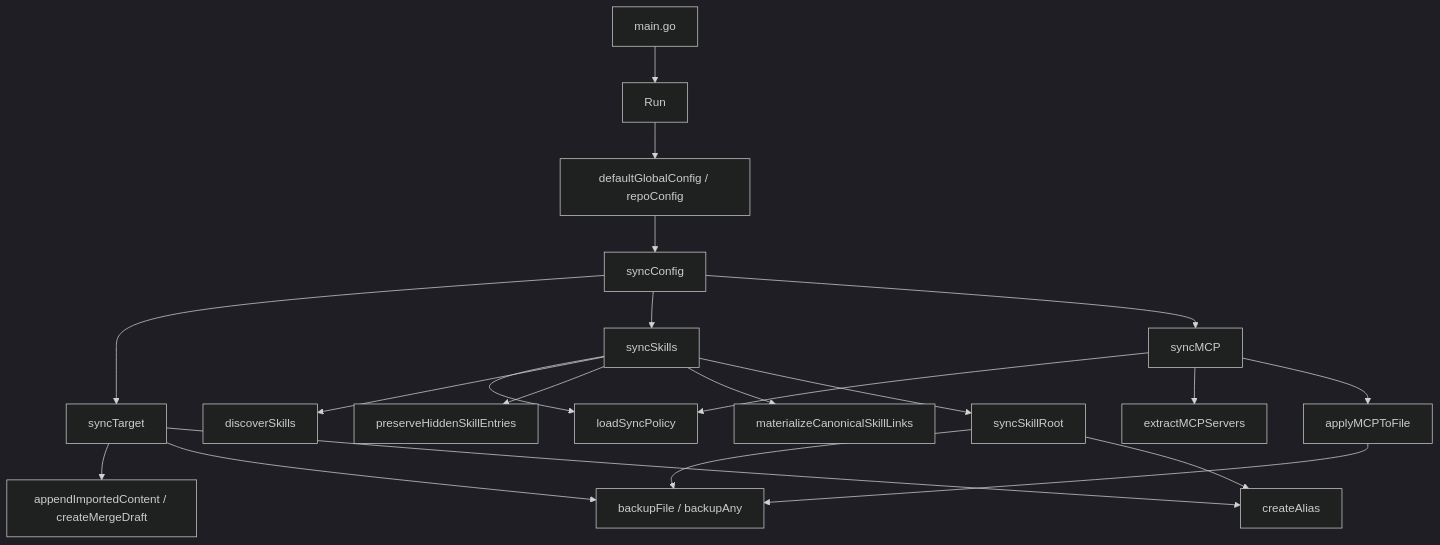
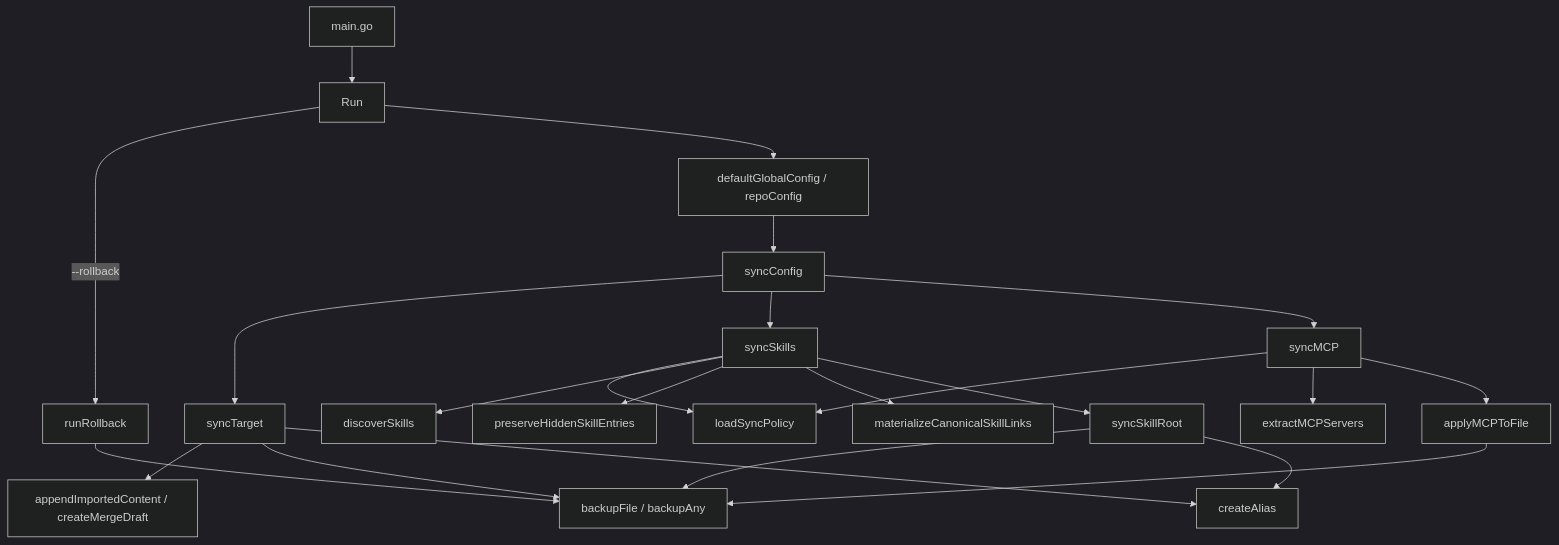
Before and after one commit to x0c/agentsync: the first of 2 diagrams in docs/AGENTSYNC_KNOWLEDGE_BASE.md, drawn with Mermaid (dark theme). The commit also changed other lines of this file and 11 other files, not shown here.

First line of the commit message:
feat: add --rollback to restore the latest backup stamp

````diff
--- a/docs/AGENTSYNC_KNOWLEDGE_BASE.md
+++ b/docs/AGENTSYNC_KNOWLEDGE_BASE.md
@@ -40,23 +40,25 @@
 ```mermaid
 flowchart TD
     CLI[main.go] --> Run[Run]
+    Run -->|--rollback| Restore[runRollback]
     Run --> Config[defaultGlobalConfig / repoConfig]
     Config --> Sync[syncConfig]
     Sync --> Target[syncTarget]
     Sync --> Skills[syncSkills]
     Sync --> MCP[syncMCP]
     Skills --> Policy[loadSyncPolicy]
     MCP --> Policy
     Target --> Merge[appendImportedContent / createMergeDraft]
     Target --> Backup[backupFile / backupAny]
     Target --> Alias[createAlias]
     Skills --> Discover[discoverSkills]
     Skills --> Preserve[preserveHiddenSkillEntries]
     Skills --> Materialize[materializeCanonicalSkillLinks]
     Skills --> Root[syncSkillRoot]
     MCP --> Extract[extractMCPServers]
     MCP --> Apply[applyMCPToFile]
     Root --> Backup
     Root --> Alias
     Apply --> Backup
+    Restore --> Backup
 ```
````
